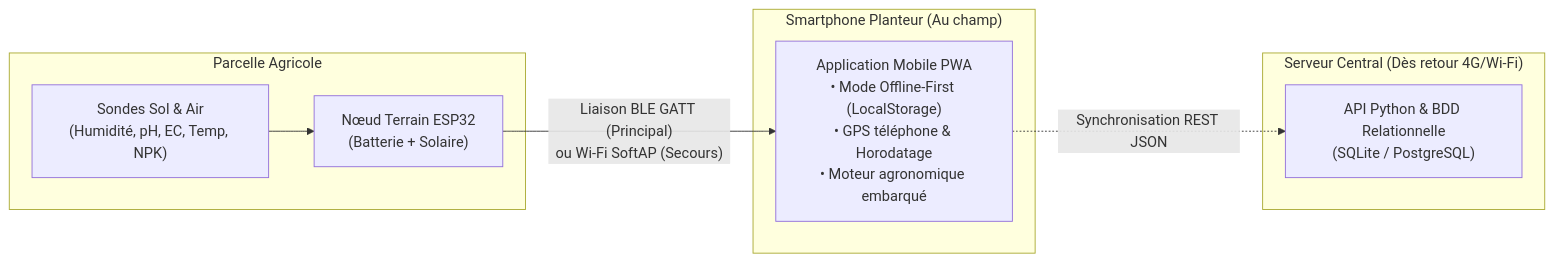
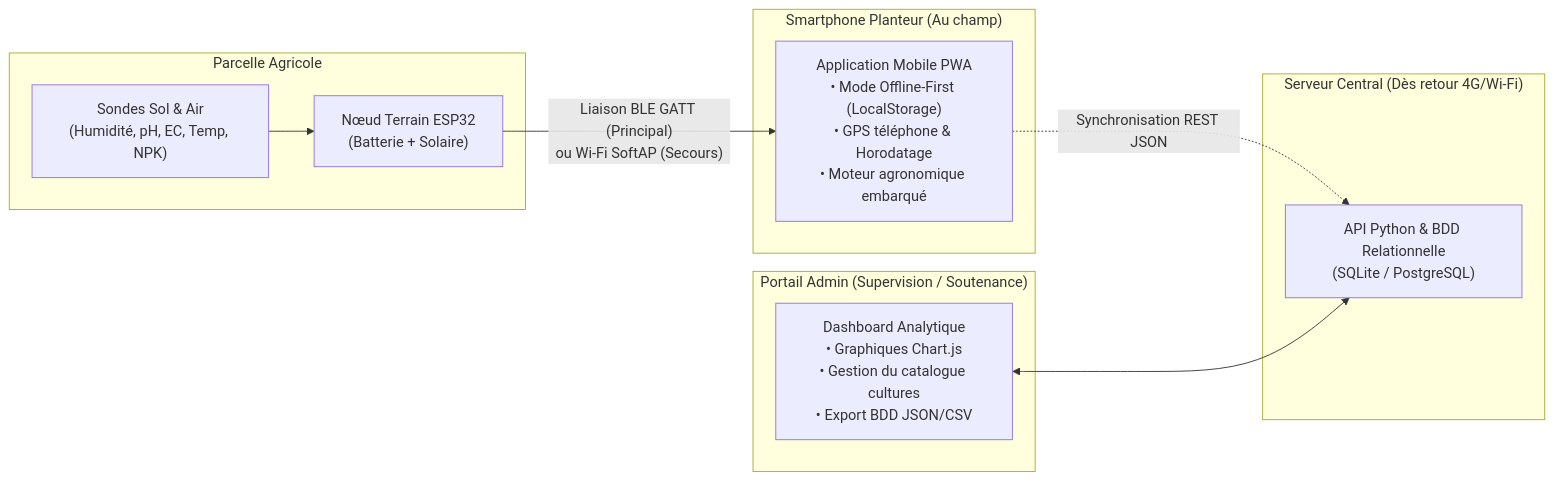
Before and after one commit to Andietty/projet-fertilit--sol: the second of 2 diagrams in README.md, drawn with Mermaid. The commit also changed other lines of this file and 8 other files, not shown here.

Commit message:
feat(admin): portail web d'administration, graphiques analytiques (Chart.js), CRUD des cultures et gestion des planteurs

````diff
--- a/README.md
+++ b/README.md
@@ -105,14 +123,19 @@
 ```mermaid
 graph LR
     subgraph Terrain ["Parcelle Agricole"]
         Capteurs["Sondes Sol & Air<br/>(Humidité, pH, EC, Temp, NPK)"] --> ESP32["Nœud Terrain ESP32<br/>(Batterie + Solaire)"]
     end
 
     subgraph Smartphone ["Smartphone Planteur (Au champ)"]
         ESP32 -- "Liaison BLE GATT (Principal)<br/>ou Wi-Fi SoftAP (Secours)" --> MobileApp["Application Mobile PWA<br/>• Mode Offline-First (LocalStorage)<br/>• GPS téléphone & Horodatage<br/>• Moteur agronomique embarqué"]
     end
 
+    subgraph AdminPortal ["Portail Admin (Supervision / Soutenance)"]
+        Admin["Dashboard Analytique<br/>• Graphiques Chart.js<br/>• Gestion du catalogue cultures<br/>• Export BDD JSON/CSV"]
+    end
+
     subgraph Serveur ["Serveur Central (Dès retour 4G/Wi-Fi)"]
         MobileApp -. "Synchronisation REST JSON" .-> API["API Python & BDD Relationnelle<br/>(SQLite / PostgreSQL)"]
+        Admin <--> API
     end
 ```
````
